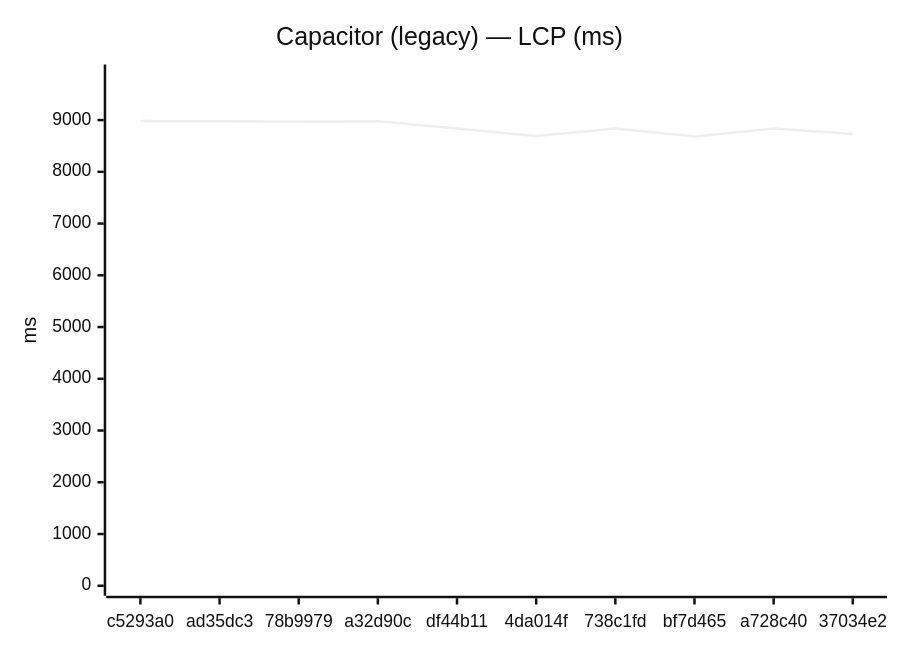
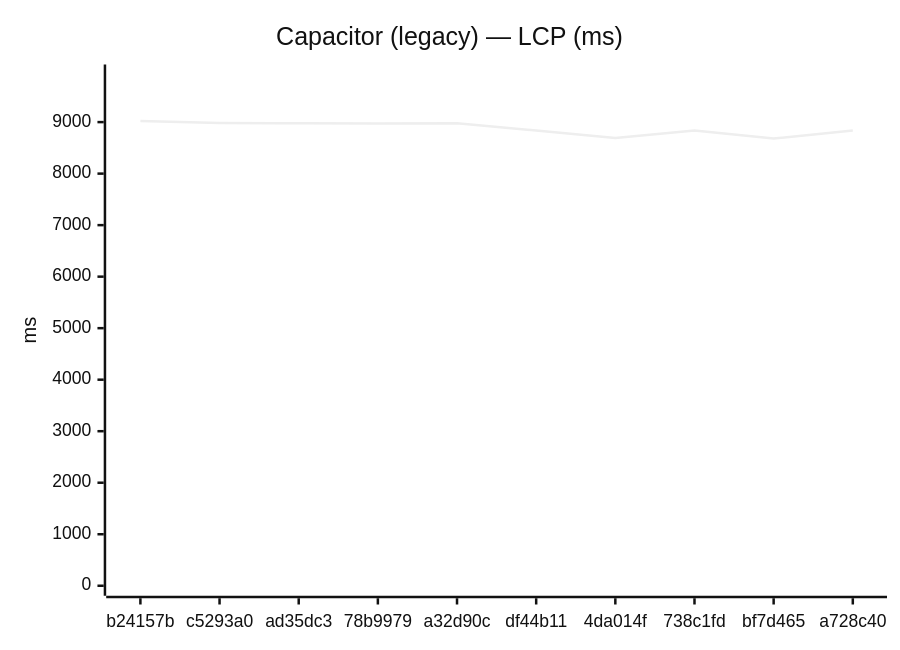
The fifth of 24 diagrams in benchmarks/compare.md (Metaheurist/Rianell), drawn with Mermaid (neutral theme) before and after one commit. The commit also changed other lines of this file and 14 other files, not shown here.

````diff
--- a/benchmarks/compare.md
+++ b/benchmarks/compare.md
@@ -84,7 +84,7 @@
 ```mermaid
 xychart-beta
     title "Capacitor (legacy) — LCP (ms)"
-    x-axis ["c5293a0", "ad35dc3", "78b9979", "a32d90c", "df44b11", "4da014f", "738c1fd", "bf7d465", "a728c40", "37034e2"]
-    y-axis "ms" 0 --> 9881
-    line [8982, 8976, 8972, 8979, 8838, 8693, 8838, 8681, 8837, 8731]
+    x-axis ["b24157b", "c5293a0", "ad35dc3", "78b9979", "a32d90c", "df44b11", "4da014f", "738c1fd", "bf7d465", "a728c40"]
+    y-axis "ms" 0 --> 9924
+    line [9021, 8982, 8976, 8972, 8979, 8838, 8693, 8838, 8681, 8837]
 ```
````
